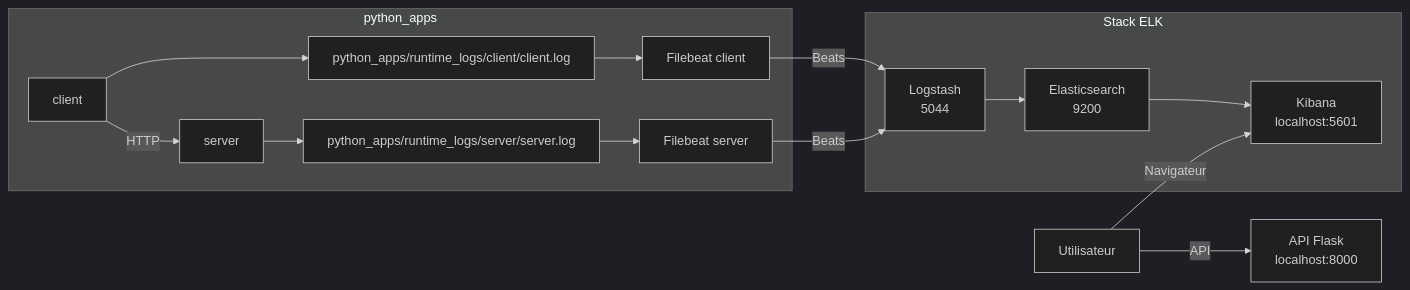
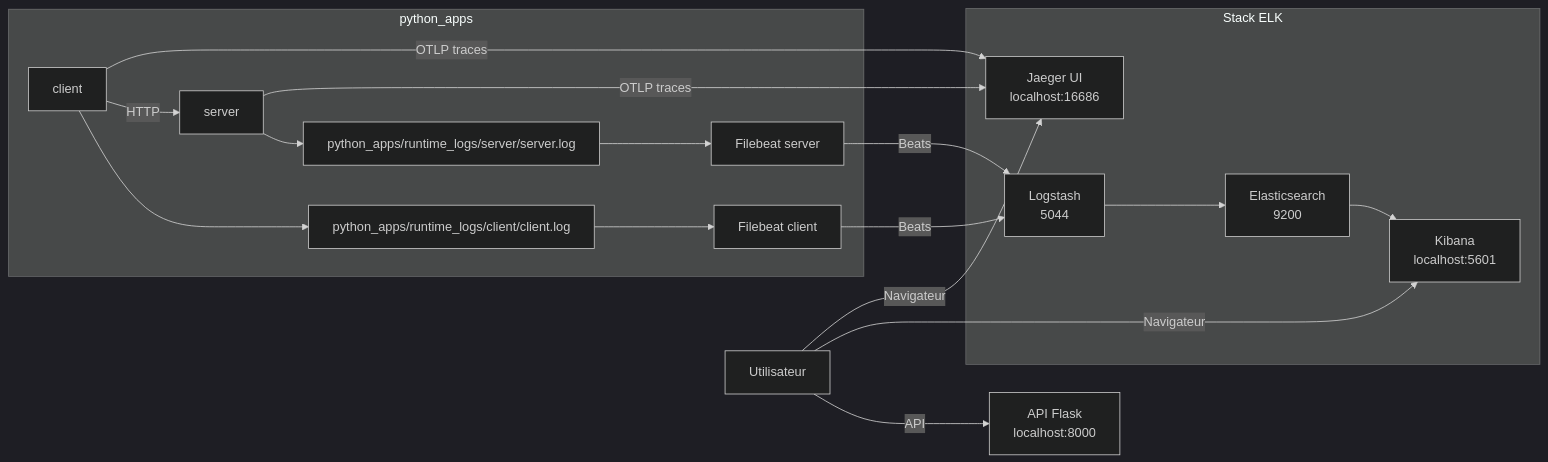
Before and after one commit to RobinThiriet/ELK: the diagram in README.md, drawn with Mermaid (dark theme). The commit also changed other lines of this file and 7 other files, not shown here.

````diff
--- a/README.md
+++ b/README.md
@@ -21,31 +23,35 @@
 ```mermaid
 flowchart LR
     U[Utilisateur] -->|API| API[API Flask<br/>localhost:8000]
     U -->|Navigateur| K[Kibana<br/>localhost:5601]
+    U -->|Navigateur| J[Jaeger UI<br/>localhost:16686]
 
     subgraph APPS[python_apps]
         S[server]
         C[client]
         SL[python_apps/runtime_logs/server/server.log]
         CL[python_apps/runtime_logs/client/client.log]
         FBS[Filebeat server]
         FBC[Filebeat client]
 
         S --> SL
         C --> CL
         SL --> FBS
         CL --> FBC
     end
 
     subgraph ELK[Stack ELK]
         L[Logstash<br/>5044]
         E[Elasticsearch<br/>9200]
         K
+        J
     end
 
     C -->|HTTP| S
+    C -->|OTLP traces| J
+    S -->|OTLP traces| J
     FBS -->|Beats| L
     FBC -->|Beats| L
     L --> E
     E --> K
 ```
````
